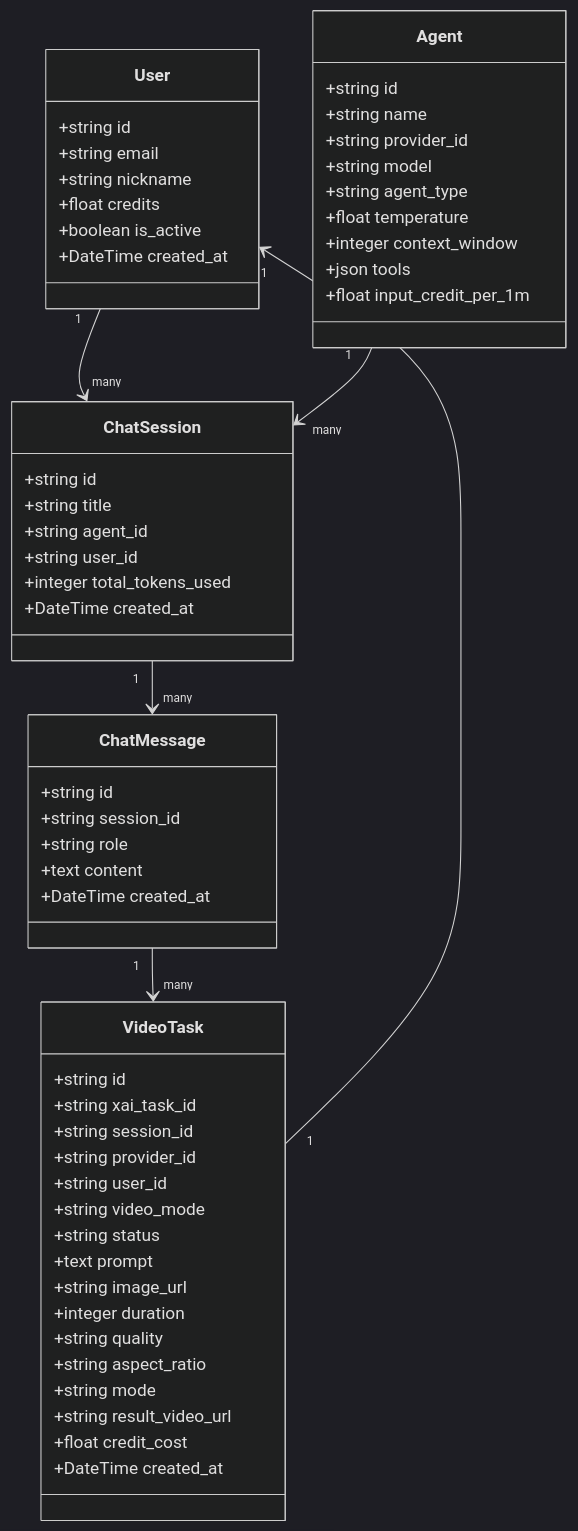
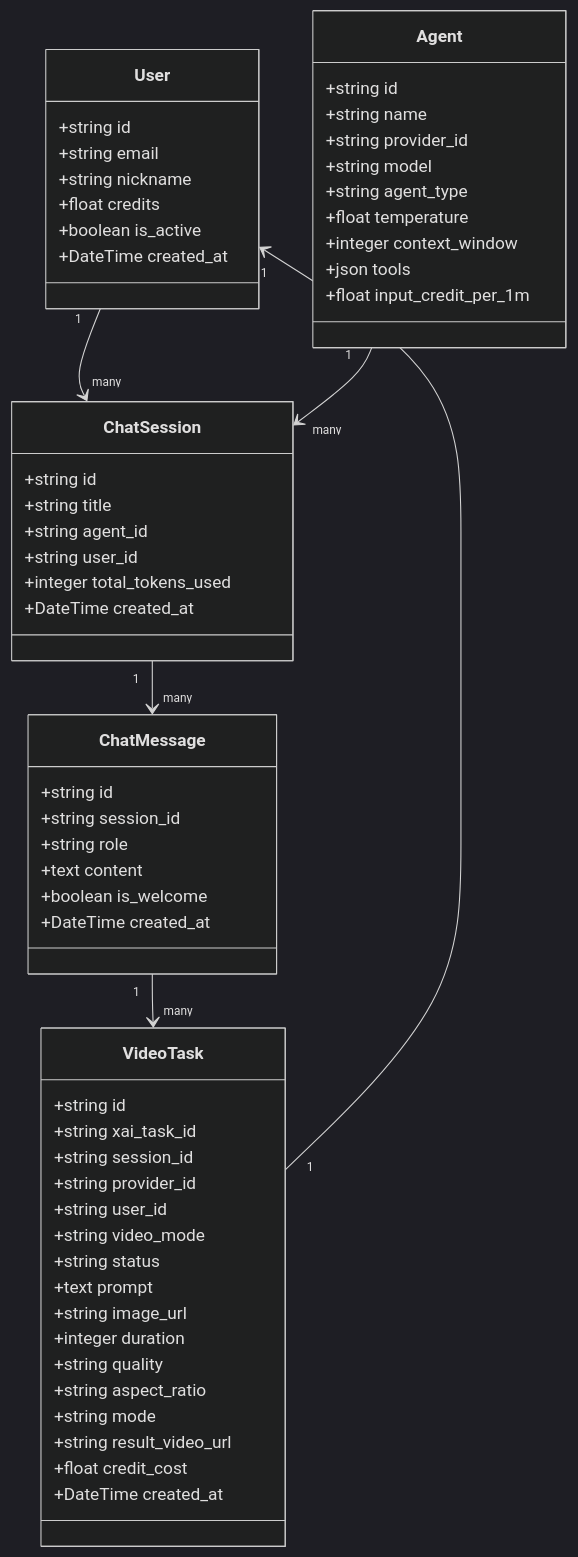
Before and after one commit to KunLabAI/KunFlix: the seventh of 19 diagrams in .qoder/repowiki/zh/content/前端应用架构/状态管理/Zustand Store 设计/增强的AI助手存储.md, drawn with Mermaid (dark theme). The commit also changed other lines of this file and 20 other files, not shown here.

````diff
--- a/.qoder/repowiki/zh/content/前端应用架构/状态管理/Zustand Store 设计/增强的AI助手存储.md
+++ b/.qoder/repowiki/zh/content/前端应用架构/状态管理/Zustand Store 设计/增强的AI助手存储.md
@@ -332,60 +349,61 @@
 ```mermaid
 classDiagram
 class User {
 +string id
 +string email
 +string nickname
 +float credits
 +boolean is_active
 +DateTime created_at
 }
 class Agent {
 +string id
 +string name
 +string provider_id
 +string model
 +string agent_type
 +float temperature
 +integer context_window
 +json tools
 +float input_credit_per_1m
 }
 class ChatSession {
 +string id
 +string title
 +string agent_id
 +string user_id
 +integer total_tokens_used
 +DateTime created_at
 }
 class ChatMessage {
 +string id
 +string session_id
 +string role
 +text content
++boolean is_welcome
 +DateTime created_at
 }
 class VideoTask {
 +string id
 +string xai_task_id
 +string session_id
 +string provider_id
 +string user_id
 +string video_mode
 +string status
 +text prompt
 +string image_url
 +integer duration
 +string quality
 +string aspect_ratio
 +string mode
 +string result_video_url
 +float credit_cost
 +DateTime created_at
 }
 User "1" --> "many" ChatSession
 Agent "1" --> "many" ChatSession
 ChatSession "1" --> "many" ChatMessage
 ChatMessage "1" --> "many" VideoTask
 VideoTask "1" --> "1" User
 ```
````
